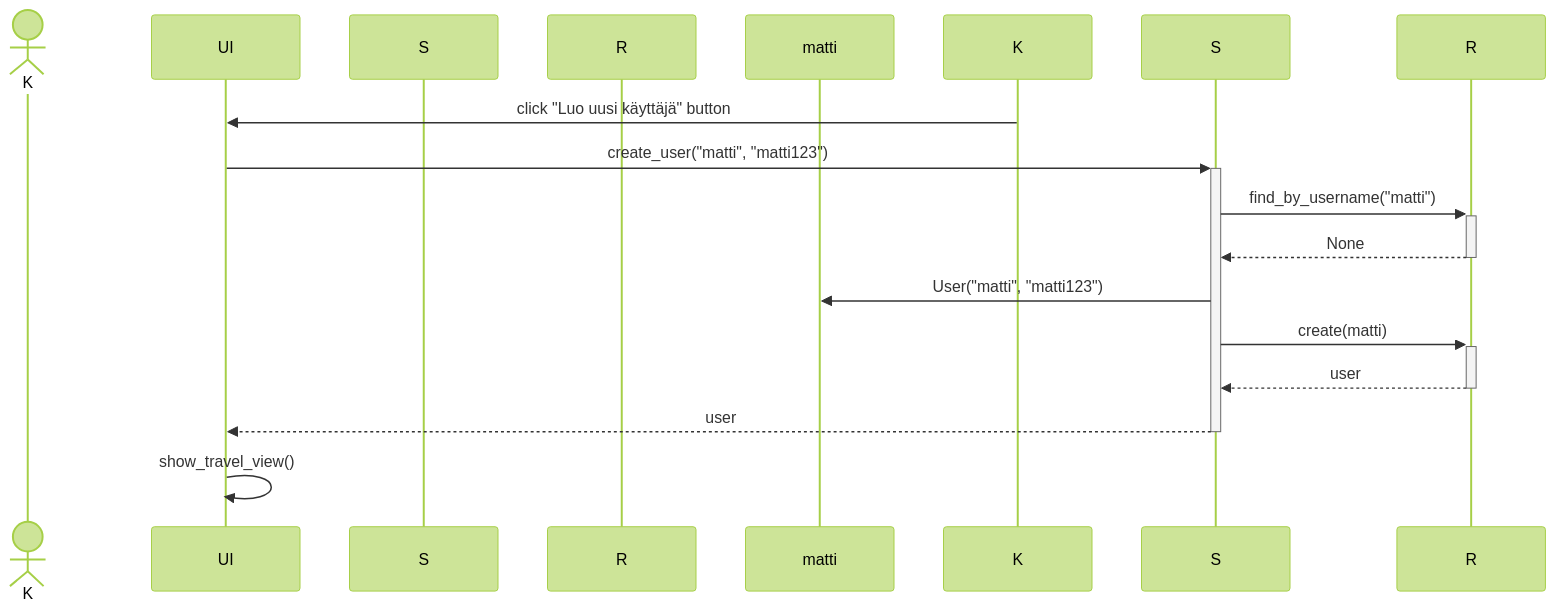
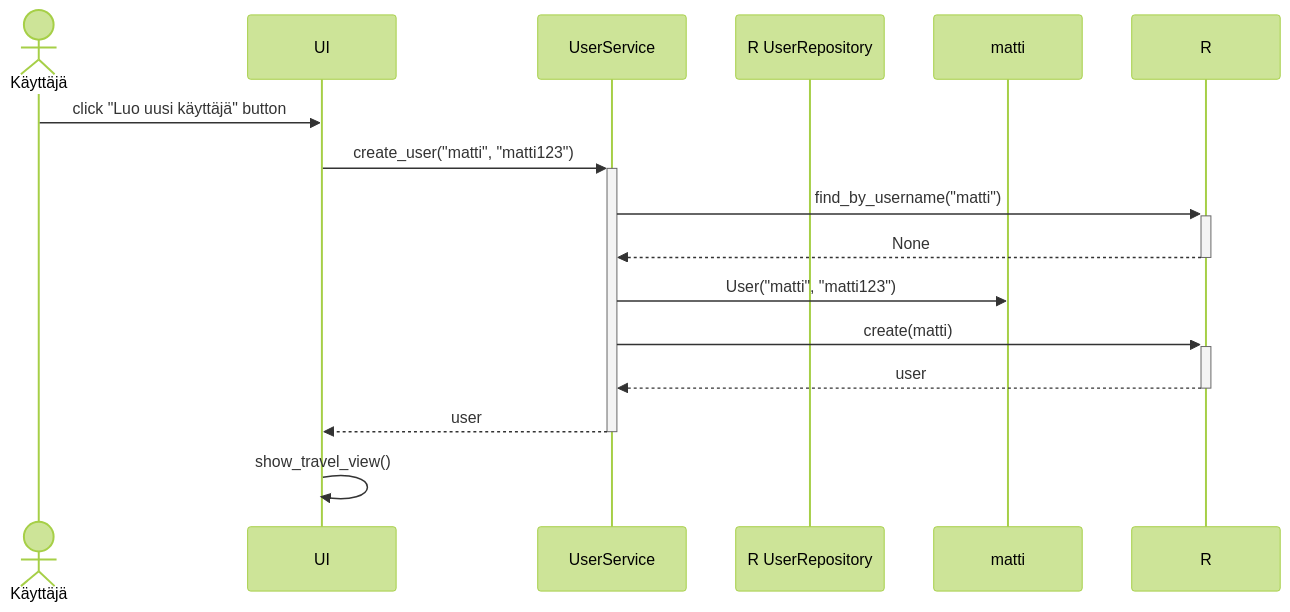
The second of 3 diagrams in travel-expense-calculator-app/dokumentaatio/arkkitehtuuri.md (phuvio/ot-harjoitustyo), drawn with Mermaid (forest theme) before and after one commit.

````diff
--- a/travel-expense-calculator-app/dokumentaatio/arkkitehtuuri.md
+++ b/travel-expense-calculator-app/dokumentaatio/arkkitehtuuri.md
@@ -47,17 +47,17 @@
 ```mermaid
 sequenceDiagram
-  actor Käyttäjä as K
+  actor K as Käyttäjä
   participant UI
-  participant UserService as S
-  participant UserRepository as R
+  participant S as UserService
+  participant R UserRepository
   participant matti
   K->>UI: click "Luo uusi käyttäjä" button
   UI->>+S: create_user("matti", "matti123")
   S->>+R: find_by_username("matti")
   R-->>-S: None
   S->>matti: User("matti", "matti123")
   S->>+R: create(matti)
   R-->> -S: user
   S-->>-UI: user
   UI->>UI: show_travel_view()
 ```
````
